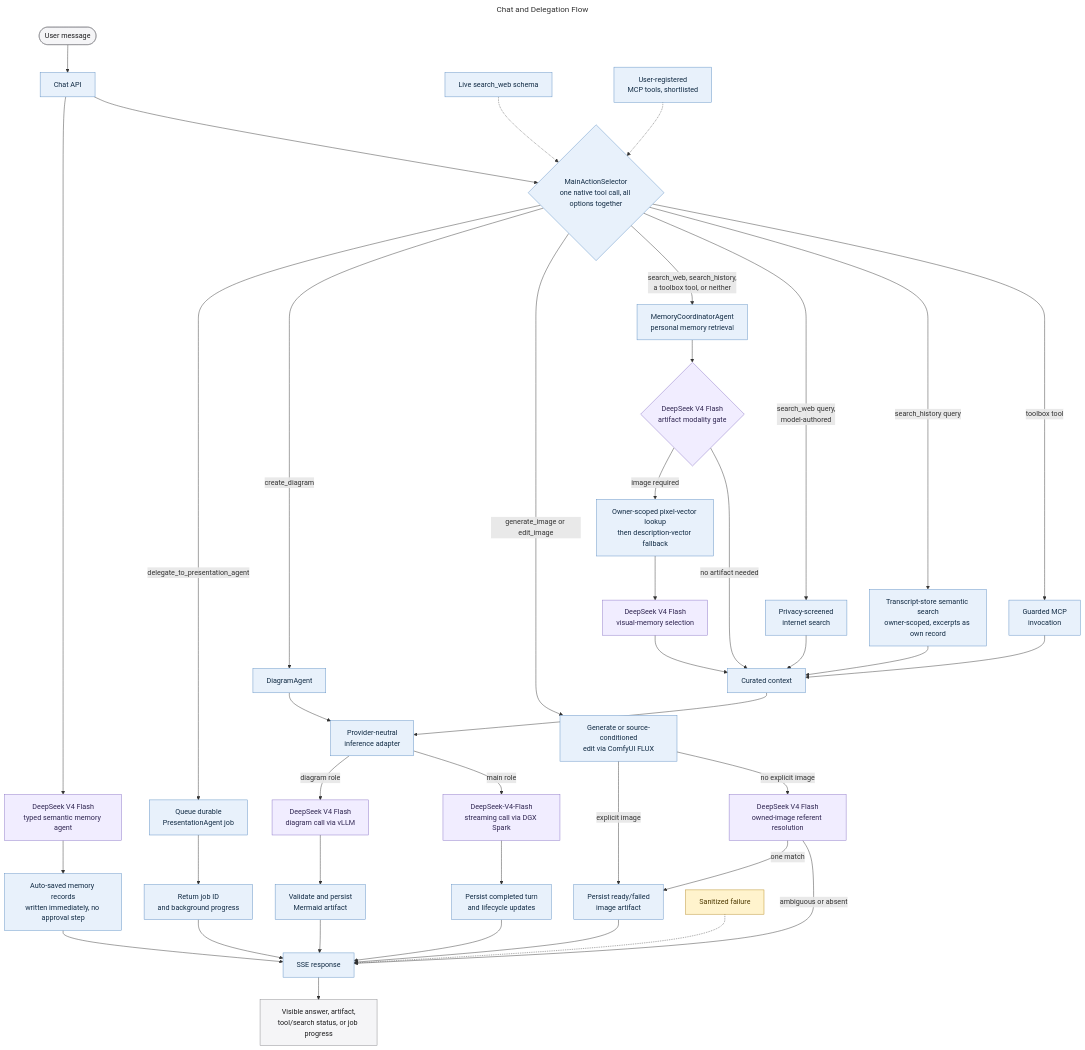
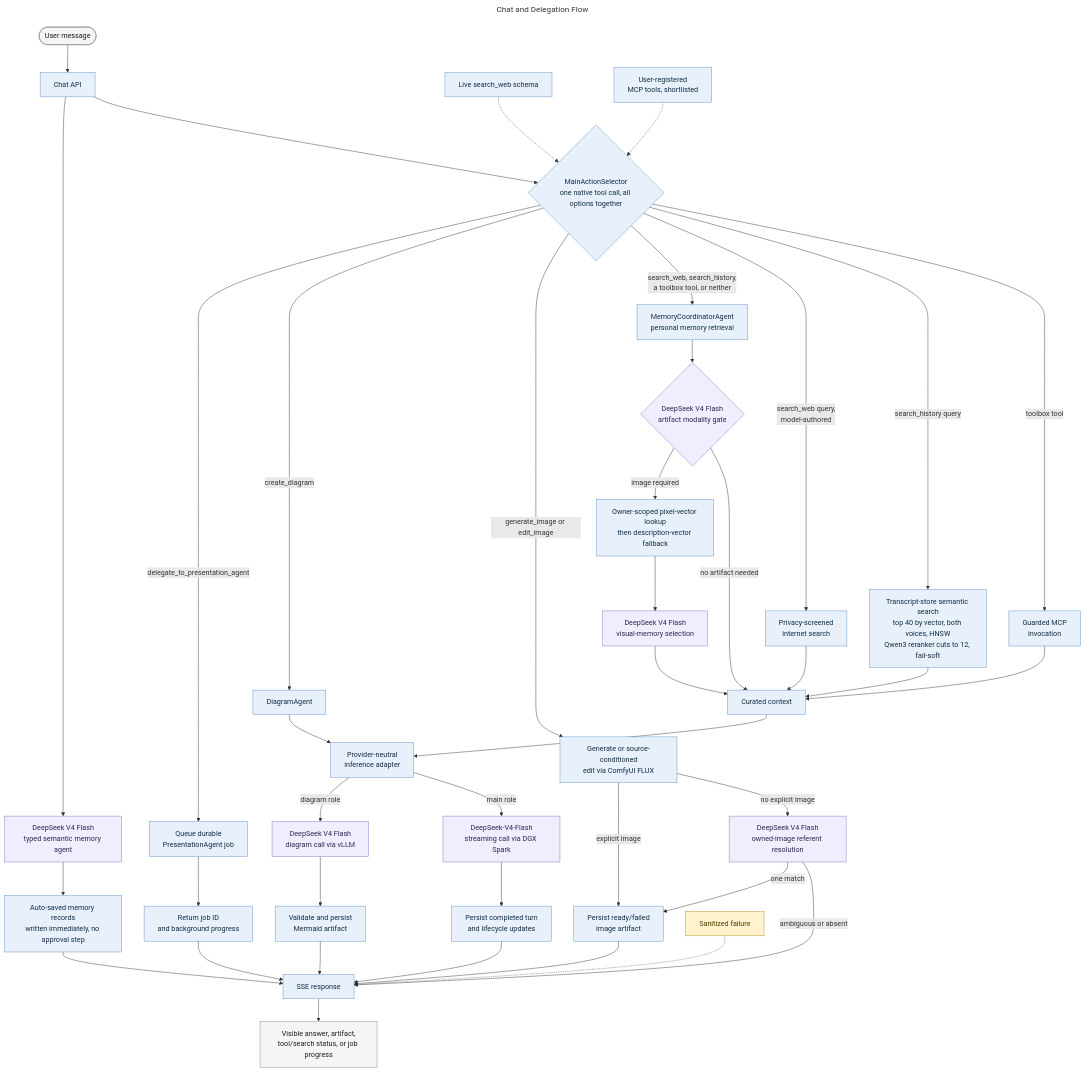
The diagram in docs/diagrams/chat-orchestration.mmd (MallyaAni/PersonalAssistant), drawn with Mermaid before and after one commit. The commit also changed 31 other files, not shown here.

First line of the commit message:
Bring the diagrams, catalog, changelog, roadmap, and decision records up to the running system

```diff
--- a/docs/diagrams/chat-orchestration.mmd
+++ b/docs/diagrams/chat-orchestration.mmd
@@ -1,59 +1,59 @@
 ---
 title: Chat and Delegation Flow
 ---
 flowchart TB
     User([User message]) --> API[Chat API]
     API --> Interest[DeepSeek V4 Flash<br/>typed semantic memory agent]
     Interest --> Proposal[Auto-saved memory records<br/>written immediately, no approval step]
     API --> Selector{MainActionSelector<br/>one native tool call, all options together}
     Search_Tool[Live search_web schema] -.-> Selector
     Toolbox[User-registered<br/>MCP tools, shortlisted] -.-> Selector
 
     Selector -->|delegate_to_presentation_agent| Presentation[Queue durable<br/>PresentationAgent job]
     Presentation --> Progress[Return job ID<br/>and background progress]
 
     Selector -->|create_diagram| Diagram[DiagramAgent]
     Diagram --> Inference[Provider-neutral<br/>inference adapter]
     Inference -->|diagram role| DiagramModel[DeepSeek V4 Flash<br/>diagram call via vLLM]
     DiagramModel --> Artifact[Validate and persist<br/>Mermaid artifact]
 
     Selector -->|generate_image or edit_image| ImageAction[Generate or source-conditioned<br/>edit via ComfyUI FLUX]
     ImageAction -->|explicit image| ImageArtifact[Persist ready/failed<br/>image artifact]
     ImageAction -->|no explicit image| Referent[DeepSeek V4 Flash<br/>owned-image referent resolution]
     Referent -->|one match| ImageArtifact
     Referent -->|ambiguous or absent| Stream
 
     Selector -->|search_web, search_history,<br/>a toolbox tool, or neither| Memory[MemoryCoordinatorAgent<br/>personal memory retrieval]
     Memory --> ArtifactGate{DeepSeek V4 Flash<br/>artifact modality gate}
     ArtifactGate -->|image required| Visual[Owner-scoped pixel-vector lookup<br/>then description-vector fallback]
     ArtifactGate -->|no artifact needed| Context[Curated context]
     Visual --> VisualPolicy[DeepSeek V4 Flash<br/>visual-memory selection]
     VisualPolicy --> Context
     Selector -->|search_web query,<br/>model-authored| Search[Privacy-screened<br/>internet search]
-    Selector -->|search_history query| History[Transcript-store semantic search<br/>owner-scoped, excerpts as own record]
+    Selector -->|search_history query| History[Transcript-store semantic search<br/>top 40 by vector, both voices, HNSW<br/>Qwen3 reranker cuts to 12, fail-soft]
     Selector -->|toolbox tool| MCP[Guarded MCP<br/>invocation]
     MCP --> Context
     Search --> Context
     History --> Context
 
     Context --> Inference
     Inference -->|main role| Main[DeepSeek-V4-Flash<br/>streaming call via DGX Spark]
     Main --> Persist[Persist completed turn<br/>and lifecycle updates]
     Persist --> Stream[SSE response]
     Proposal --> Stream
 
     Artifact --> Stream
     ImageArtifact --> Stream
     Progress --> Stream
     Stream --> UI[Visible answer, artifact,<br/>tool/search status, or job progress]
 
     Failure[Sanitized failure] -.-> Stream
 
     classDef interface fill:#f5f5f7,stroke:#86868b,color:#1d1d1f;
     classDef application fill:#e8f1fb,stroke:#5e8fc4,color:#102a43;
     classDef model fill:#f1edff,stroke:#8872c6,color:#2e2450;
     classDef failure fill:#fff3cd,stroke:#b78b20,color:#4d3900;
     class User,UI interface;
     class API,Selector,Search_Tool,Toolbox,Presentation,Progress,Diagram,Artifact,ImageAction,ImageArtifact,Memory,Visual,MCP,Search,History,Context,Inference,Persist,Stream,Proposal application;
     class Main,DiagramModel,Interest,ArtifactGate,VisualPolicy,Referent model;
     class Failure failure;
```
